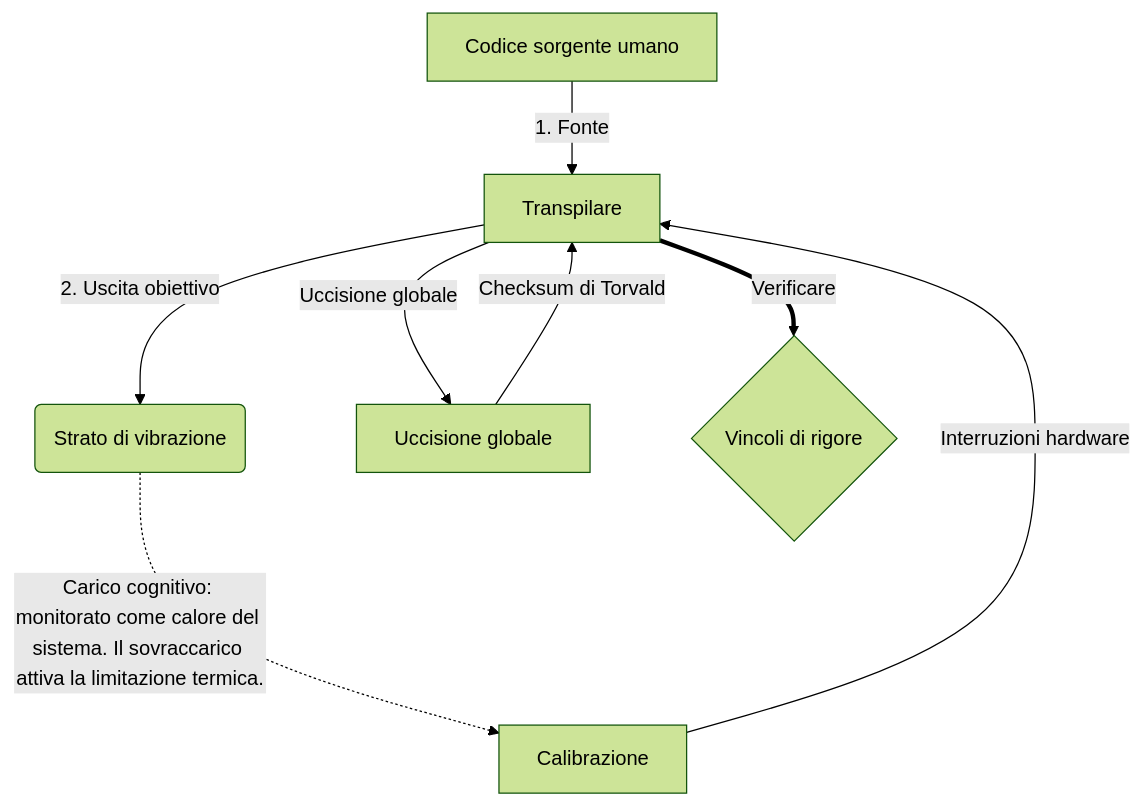
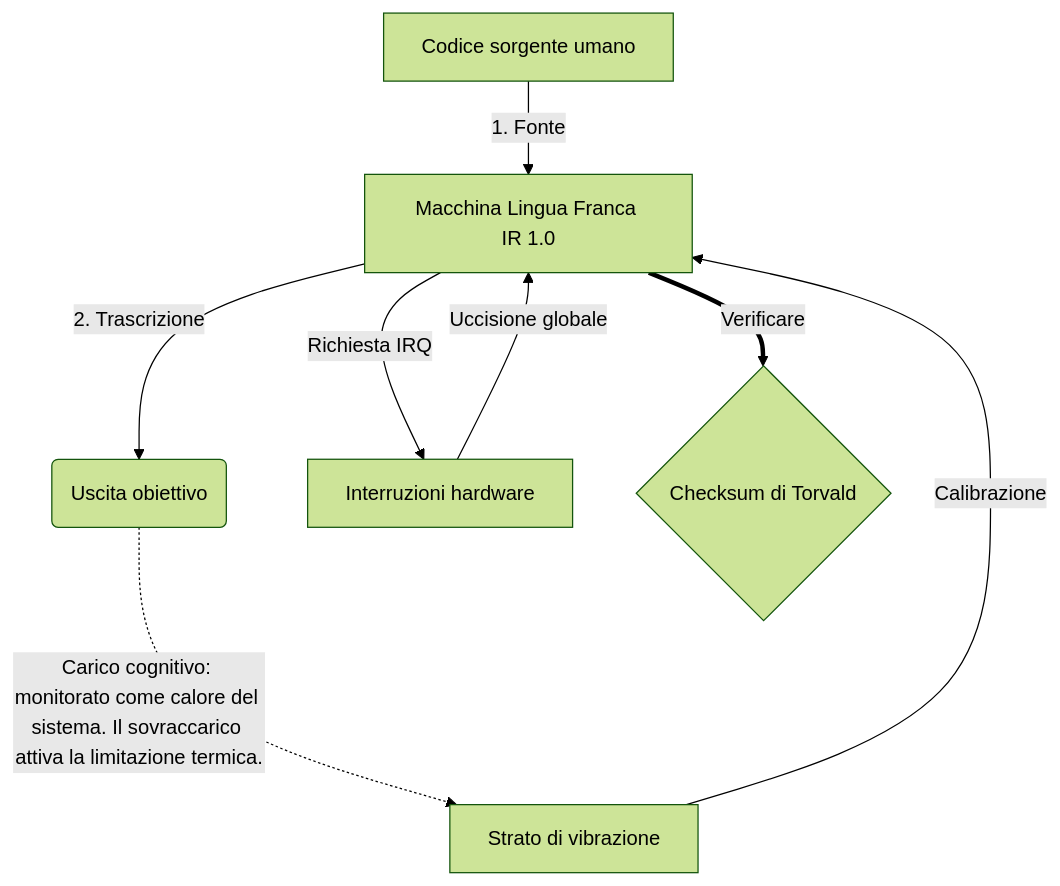
Before and after one commit to 0compute/machine: the diagram in README.hacker.it.md, drawn with Mermaid (forest theme). The commit also changed other lines of this file and 103 other files, not shown here.

````diff
--- a/README.hacker.it.md
+++ b/README.hacker.it.md
@@ -93,10 +93,10 @@
 ```mermaid
 graph TD
-    A[Codice sorgente umano] -->|1. Fonte| B[Transpilare]
-    B -->|2. Uscita obiettivo| C(Strato di vibrazione)
-    C -.->|Carico cognitivo: monitorato come calore del sistema. Il sovraccarico attiva la limitazione termica.| G[Calibrazione]
-    G -->|Interruzioni hardware| B
-    B -->|Uccisione globale| H[Uccisione globale]
-    H -->|Checksum di Torvald| B
-    B == Verificare ==> I{Vincoli di rigore}
+    A[Codice sorgente umano] -->|1. Fonte| B[Macchina Lingua Franca IR 1.0]
+    B -->|2. Trascrizione| C(Uscita obiettivo)
+    C -.->|Carico cognitivo: monitorato come calore del sistema. Il sovraccarico attiva la limitazione termica.| G[Strato di vibrazione]
+    G -->|Calibrazione| B
+    B -->|Richiesta IRQ| H[Interruzioni hardware]
+    H -->|Uccisione globale| B
+    B == Verificare ==> I{Checksum di Torvald}
 ```
````
